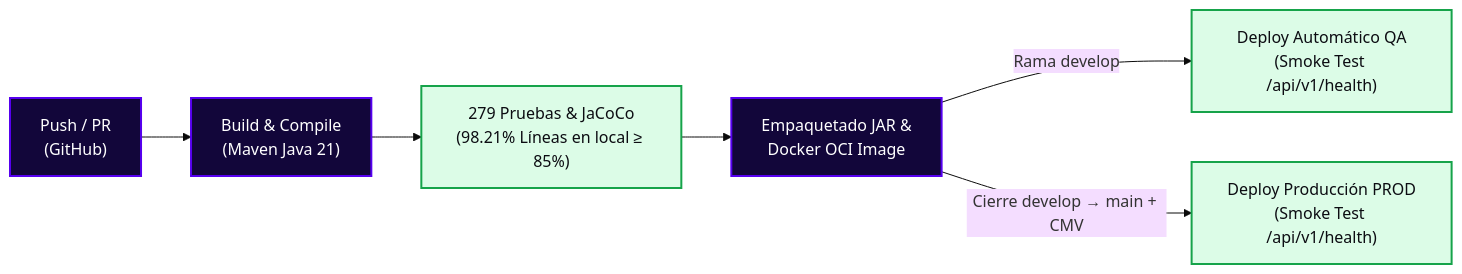
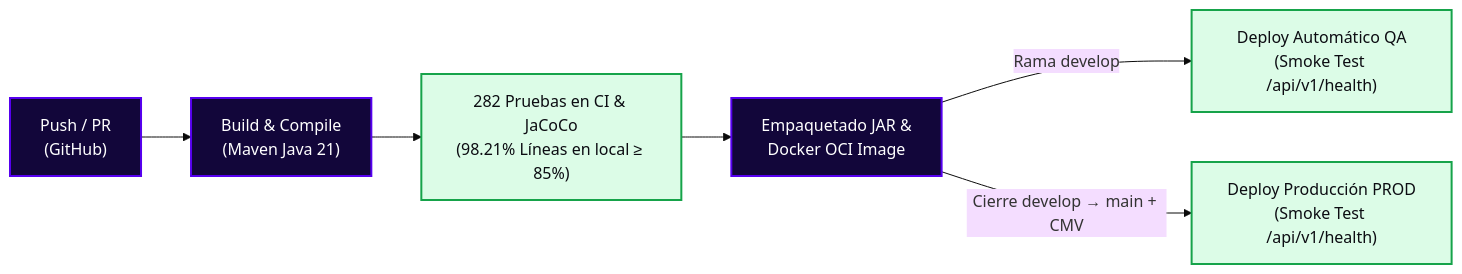
Before and after one commit to StyleRadar1/PT8080-Donations-Service: the diagram in docs/readmes/10-cicd-pipeline.md, drawn with Mermaid (base theme). The commit also changed other lines of this file and 5 other files, not shown here.

````diff
--- a/docs/readmes/10-cicd-pipeline.md
+++ b/docs/readmes/10-cicd-pipeline.md
@@ -18,14 +18,14 @@
 ```mermaid
 flowchart LR
     A["Push / PR<br>(GitHub)"] --> B["Build & Compile<br>(Maven Java 21)"]
-    B --> C["279 Pruebas & JaCoCo<br>(98.21% Líneas en local ≥ 85%)"]
+    B --> C["282 Pruebas en CI & JaCoCo<br>(98.21% Líneas en local ≥ 85%)"]
     C --> D["Empaquetado JAR &<br>Docker OCI Image"]
     D -->|Rama develop| E["Deploy Automático QA<br>(Smoke Test /api/v1/health)"]
     D -->|Cierre develop → main + CMV| F["Deploy Producción PROD<br>(Smoke Test /api/v1/health)"]
 
     classDef step fill:#12063A,stroke:#5600EF,stroke-width:2px,color:#FFFFFF;
     classDef pass fill:#DCFCE7,stroke:#16A34A,stroke-width:2px,color:#0C0C12;
 
     class A,B,D step;
     class C,E,F pass;
 ```
````
